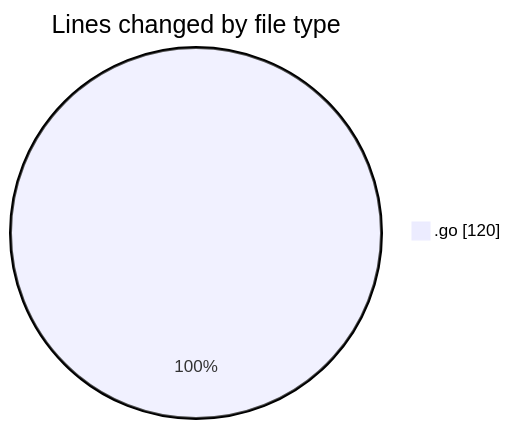
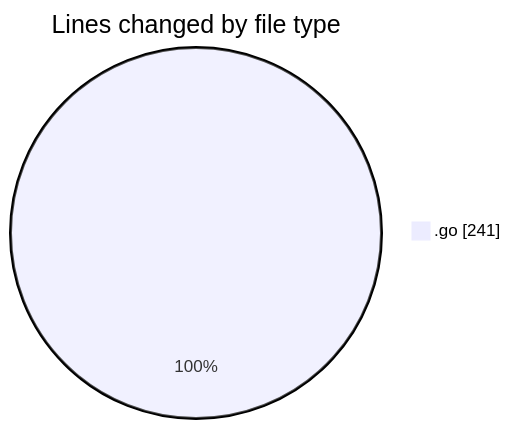
One commit to Ritupan-Deka/code-tracking changed the first of 2 diagrams in 2025-11-03/backend/README.md. Above: the diagram before and after it, drawn with Mermaid. The commit also changed other lines of this file and 1 other file, not shown here.

````diff
--- a/2025-11-03/backend/README.md
+++ b/2025-11-03/backend/README.md
@@ -22,5 +24,5 @@
 ```mermaid
 pie showData
 title Lines changed by file type
-".go" : 120
+".go" : 241
 ```
````
